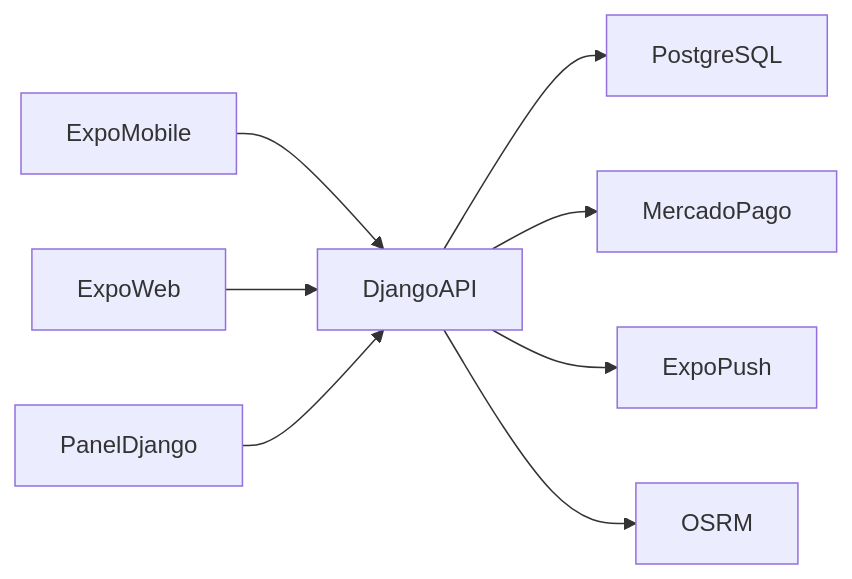
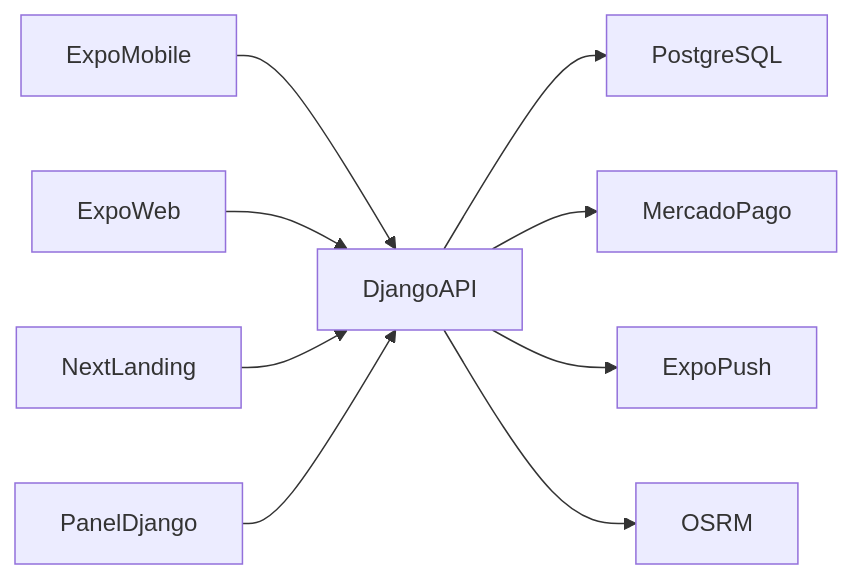
One commit to Adrian3strada/zinapp changed the diagram in docs/architecture.md. Above: the diagram before and after it, drawn with Mermaid. The commit also changed other lines of this file and 171 other files, not shown here.

````diff
--- a/docs/architecture.md
+++ b/docs/architecture.md
@@ -6,10 +6,11 @@
 ```mermaid
 flowchart LR
     Mobile[ExpoMobile] --> Api[DjangoAPI]
-    Web[ExpoWeb] --> Api
+    AppWeb[ExpoWeb] --> Api
+    Landing[NextLanding] --> Api
     Panel[PanelDjango] --> Api
     Api --> Database[PostgreSQL]
     Api --> MercadoPago[MercadoPago]
     Api --> ExpoPush[ExpoPush]
     Api --> OSRM[OSRM]
 ```
````
